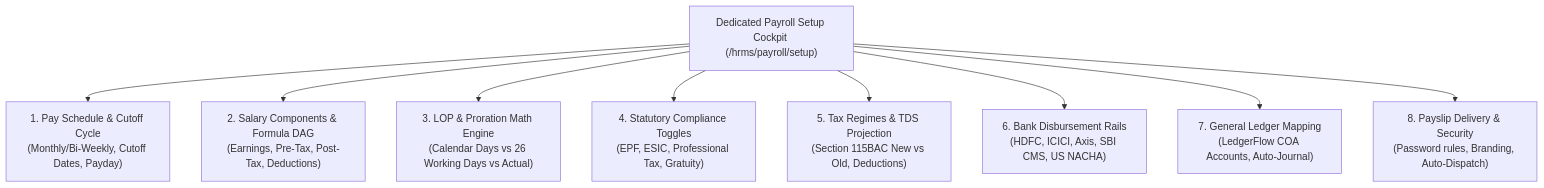
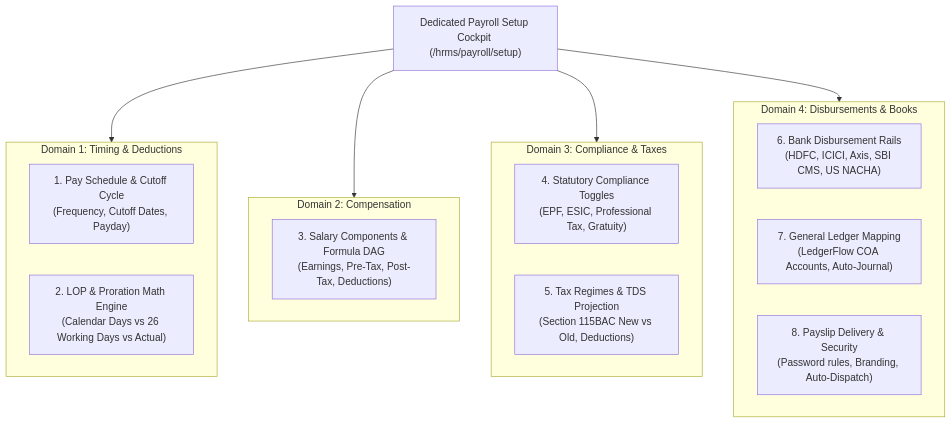
Before and after one commit to innostes-dev/erp: the first of 4 diagrams in research/final_modules/hrms/04_payroll_engine_and_statutory_rules.md, drawn with Mermaid. The commit also changed other lines of this file and 1 other file, not shown here.

Commit message:
refactor(payroll-ui): refine setup cockpit layout into responsive two-column vertical sub-nav and mobile selector

````diff
--- a/research/final_modules/hrms/04_payroll_engine_and_statutory_rules.md
+++ b/research/final_modules/hrms/04_payroll_engine_and_statutory_rules.md
@@ -30,13 +33,29 @@
 ```mermaid
 flowchart TD
     Setup["Dedicated Payroll Setup Cockpit (/hrms/payroll/setup)"]
     
-    Setup --> T1["1. Pay Schedule & Cutoff Cycle<br/>(Monthly/Bi-Weekly, Cutoff Dates, Payday)"]
-    Setup --> T2["2. Salary Components & Formula DAG<br/>(Earnings, Pre-Tax, Post-Tax, Deductions)"]
-    Setup --> T3["3. LOP & Proration Math Engine<br/>(Calendar Days vs 26 Working Days vs Actual)"]
-    Setup --> T4["4. Statutory Compliance Toggles<br/>(EPF, ESIC, Professional Tax, Gratuity)"]
-    Setup --> T5["5. Tax Regimes & TDS Projection<br/>(Section 115BAC New vs Old, Deductions)"]
-    Setup --> T6["6. Bank Disbursement Rails<br/>(HDFC, ICICI, Axis, SBI CMS, US NACHA)"]
-    Setup --> T7["7. General Ledger Mapping<br/>(LedgerFlow COA Accounts, Auto-Journal)"]
-    Setup --> T8["8. Payslip Delivery & Security<br/>(Password rules, Branding, Auto-Dispatch)"]
+    subgraph D1["Domain 1: Timing & Deductions"]
+        T1["1. Pay Schedule & Cutoff Cycle<br/>(Frequency, Cutoff Dates, Payday)"]
+        T2["2. LOP & Proration Math Engine<br/>(Calendar Days vs 26 Working Days vs Actual)"]
+    end
+
+    subgraph D2["Domain 2: Compensation"]
+        T3["3. Salary Components & Formula DAG<br/>(Earnings, Pre-Tax, Post-Tax, Deductions)"]
+    end
+
+    subgraph D3["Domain 3: Compliance & Taxes"]
+        T4["4. Statutory Compliance Toggles<br/>(EPF, ESIC, Professional Tax, Gratuity)"]
+        T5["5. Tax Regimes & TDS Projection<br/>(Section 115BAC New vs Old, Deductions)"]
+    end
+
+    subgraph D4["Domain 4: Disbursements & Books"]
+        T6["6. Bank Disbursement Rails<br/>(HDFC, ICICI, Axis, SBI CMS, US NACHA)"]
+        T7["7. General Ledger Mapping<br/>(LedgerFlow COA Accounts, Auto-Journal)"]
+        T8["8. Payslip Delivery & Security<br/>(Password rules, Branding, Auto-Dispatch)"]
+    end
+
+    Setup --> D1
+    Setup --> D2
+    Setup --> D3
+    Setup --> D4
 ```
````
